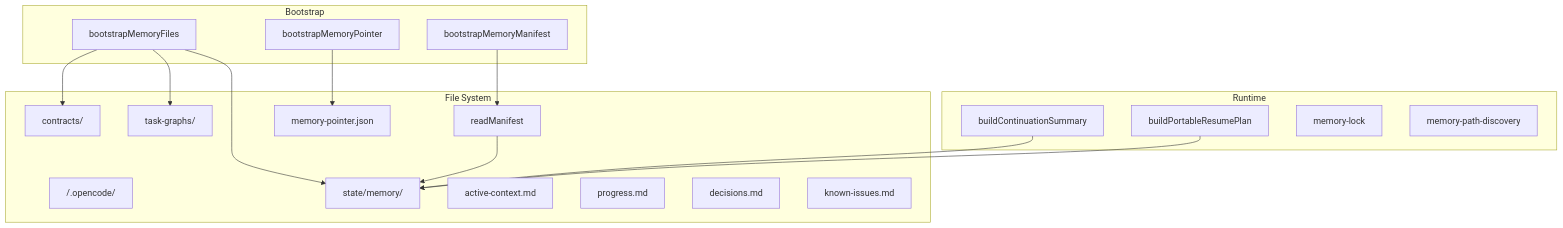
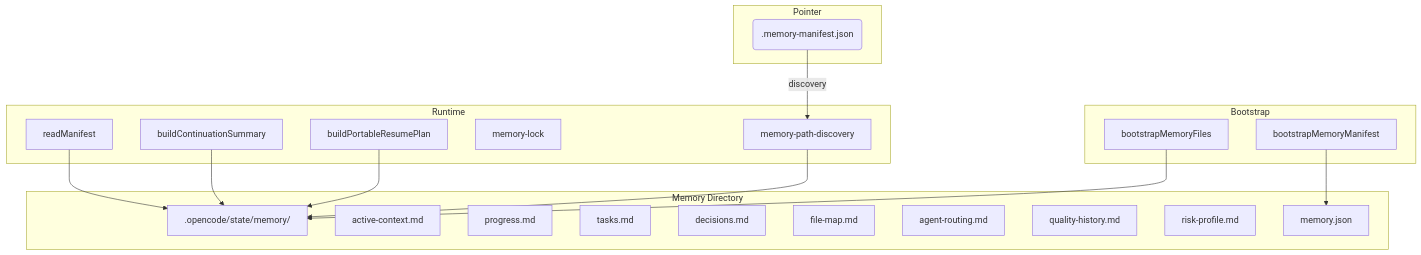
The diagram in docs/hecateq/memory-system.md (hecateq/hecateq-openagent), drawn with Mermaid before and after one commit. The commit also changed other lines of this file and 18 other files, not shown here.

First line of the commit message:
feat: enhance memory bootstrap with hydration capabilities

````diff
--- a/docs/hecateq/memory-system.md
+++ b/docs/hecateq/memory-system.md
@@ -11,38 +11,40 @@
 ```mermaid
 graph TD
-    subgraph "File System"
-        ROOT[<project-root>/.opencode/]
-        STATE[state/memory/]
+    subgraph "Memory Directory"
+        STATE[.opencode/state/memory/]
         ACTIVE[active-context.md]
         PROGRESS[progress.md]
+        TASKS[tasks.md]
         DECISIONS[decisions.md]
-        KNOWN[known-issues.md]
-        CONTRACTS[contracts/]
-        TASKGRAPHS[task-graphs/]
-        MANIFEST[memory-manifest.json]
-        POINTER[memory-pointer.json]
+        FILEMAP[file-map.md]
+        ROUTING[agent-routing.md]
+        QUALITY[quality-history.md]
+        RISK[risk-profile.md]
+        MANIFEST[memory.json]
+    end
+
+    subgraph "Pointer"
+        PTR(.memory-manifest.json)
     end
 
     subgraph "Bootstrap"
         BOOT[bootstrapMemoryFiles]
         BOOTMANI[bootstrapMemoryManifest]
-        BOOTPTR[bootstrapMemoryPointer]
     end
 
     subgraph "Runtime"
-        MANIFEST[readManifest]
+        READ[readManifest]
         CONTINUE[buildContinuationSummary]
         RESUME[buildPortableResumePlan]
         LOCK[memory-lock]
         DISCOVER[memory-path-discovery]
     end
 
     BOOT --> STATE
-    BOOT --> CONTRACTS
-    BOOT --> TASKGRAPHS
     BOOTMANI --> MANIFEST
-    BOOTPTR --> POINTER
-    MANIFEST --> STATE
+    PTR -->|discovery| DISCOVER
+    DISCOVER --> STATE
+    READ --> STATE
     CONTINUE --> STATE
     RESUME --> STATE
 ```
````
